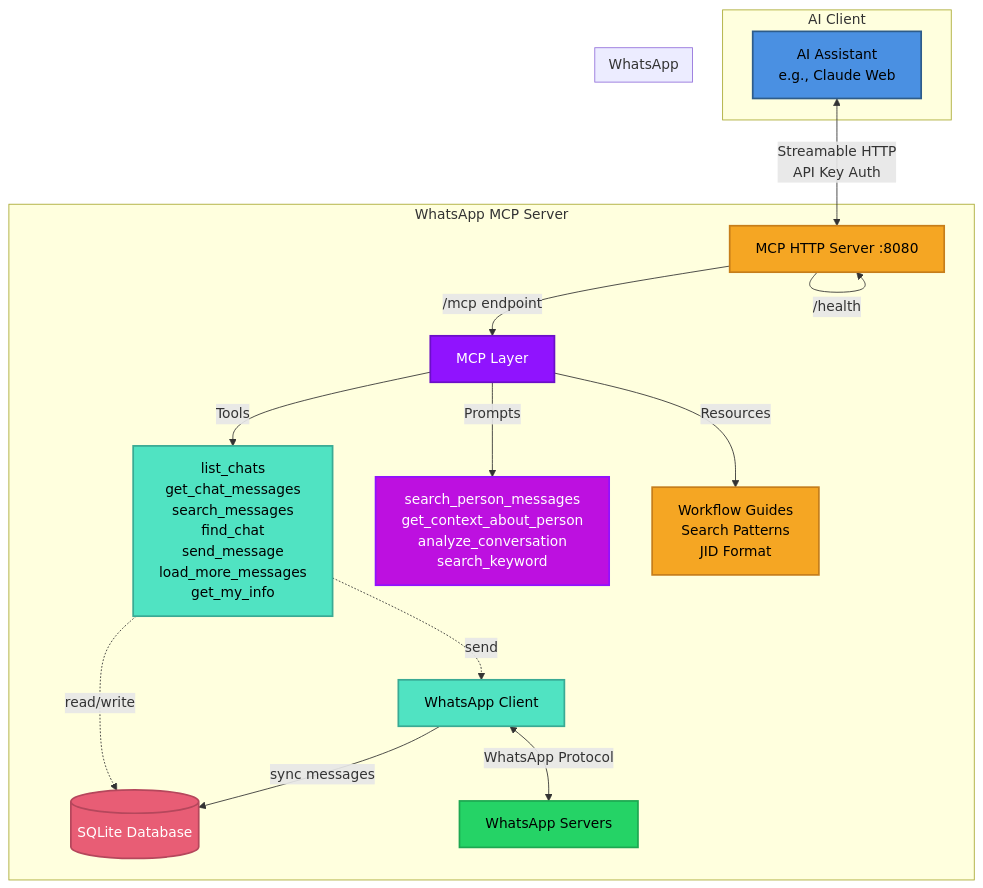
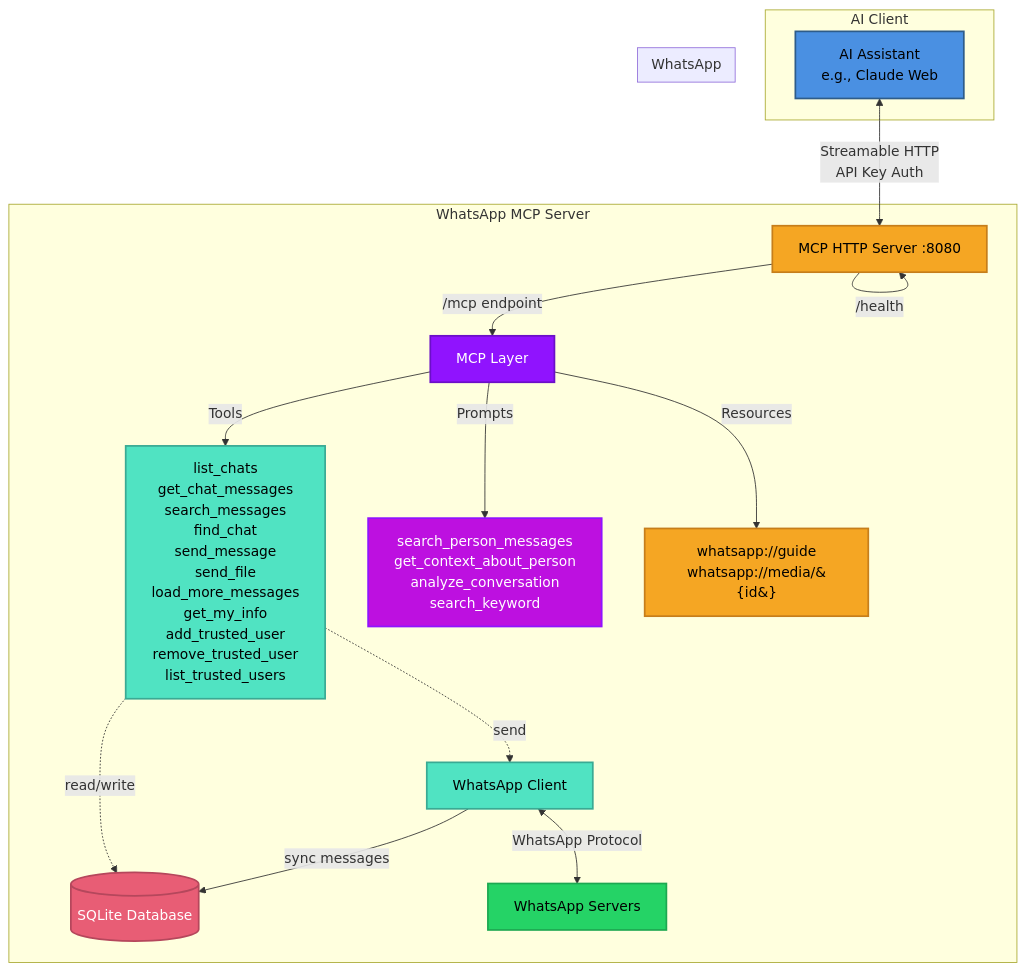
The diagram in README.md (steefpls/whatsapp-mcp), drawn with Mermaid before and after one commit. The commit also changed other lines of this file and 1 other file, not shown here.

````diff
--- a/README.md
+++ b/README.md
@@ -89,42 +86,42 @@
 ```mermaid
 graph TB
     subgraph "AI Client"
         A[AI Assistant <br/> e.g., Claude Web]
     end
 
     subgraph "WhatsApp MCP Server"
         B[MCP HTTP Server :8080]
         C[MCP Layer]
         D[WhatsApp Client]
         E[(SQLite Database)]
 
         B -->|/mcp endpoint| C
         B -->|/health| B
 
-        C -->|Tools| C1[list_chats<br/>get_chat_messages<br/>search_messages<br/>find_chat<br/>send_message<br/>load_more_messages<br/>get_my_info]
+        C -->|Tools| C1[list_chats<br/>get_chat_messages<br/>search_messages<br/>find_chat<br/>send_message<br/>send_file<br/>load_more_messages<br/>get_my_info<br/>add_trusted_user<br/>remove_trusted_user<br/>list_trusted_users]
         C -->|Prompts| C2[search_person_messages<br/>get_context_about_person<br/>analyze_conversation<br/>search_keyword]
-        C -->|Resources| C3[Workflow Guides<br/>Search Patterns<br/>JID Format]
+        C -->|Resources| C3[whatsapp://guide<br/>whatsapp://media/&#123;id&#125;]
 
         C1 -.->|read/write| E
         C1 -.->|send| D
 
         D -->|sync messages| E
         D <-->|WhatsApp Protocol| F
     end
 
     subgraph "WhatsApp"
         F[WhatsApp Servers]
     end
 
     A <-->|Streamable HTTP<br/>API Key Auth| B
 
     style A fill:#4A90E2,stroke:#2E5C8A,stroke-width:2px,color:#000
     style B fill:#F5A623,stroke:#C67E1B,stroke-width:2px,color:#000
     style C fill:#9013FE,stroke:#6B0FC7,stroke-width:2px,color:#fff
     style C1 fill:#50E3C2,stroke:#3AAA94,stroke-width:2px,color:#000
     style C2 fill:#BD10E0,stroke:#9012FE,stroke-width:2px,color:#fff
     style C3 fill:#F5A623,stroke:#C67E1B,stroke-width:2px,color:#000
     style D fill:#50E3C2,stroke:#3AAA94,stroke-width:2px,color:#000
     style E fill:#E85D75,stroke:#B5475C,stroke-width:2px,color:#fff
     style F fill:#25D366,stroke:#1DA851,stroke-width:2px,color:#000
 ```
````
